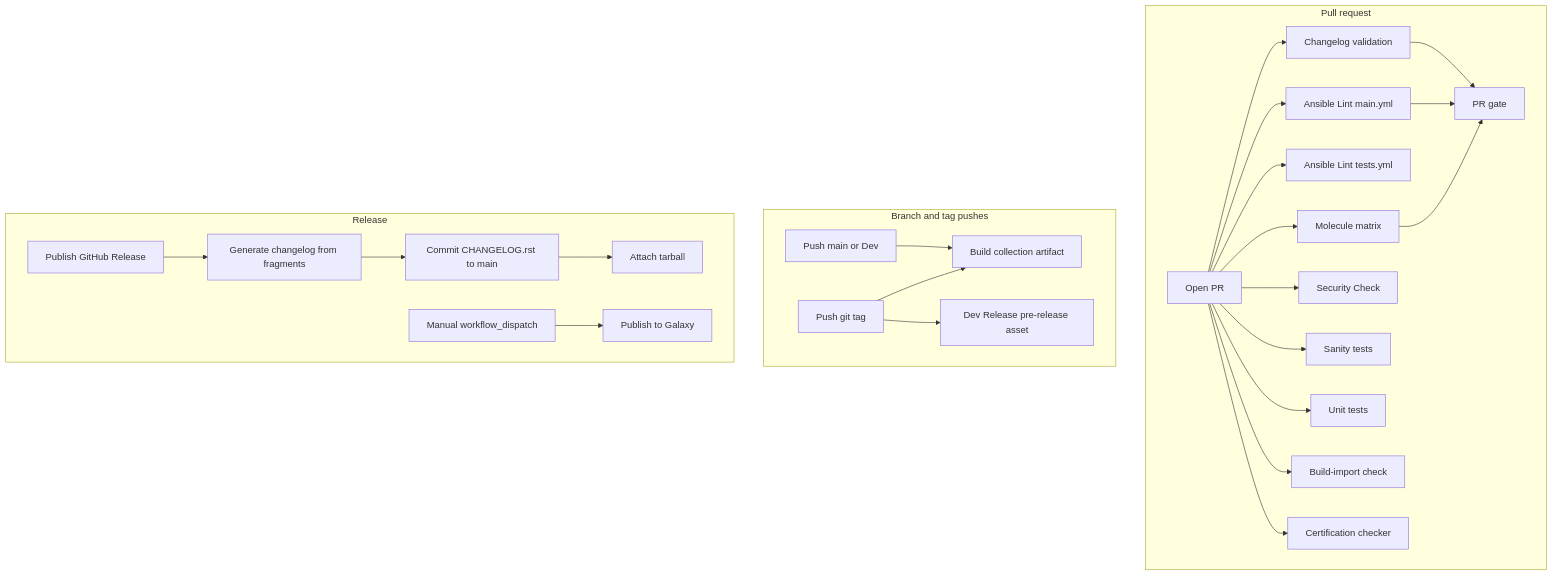
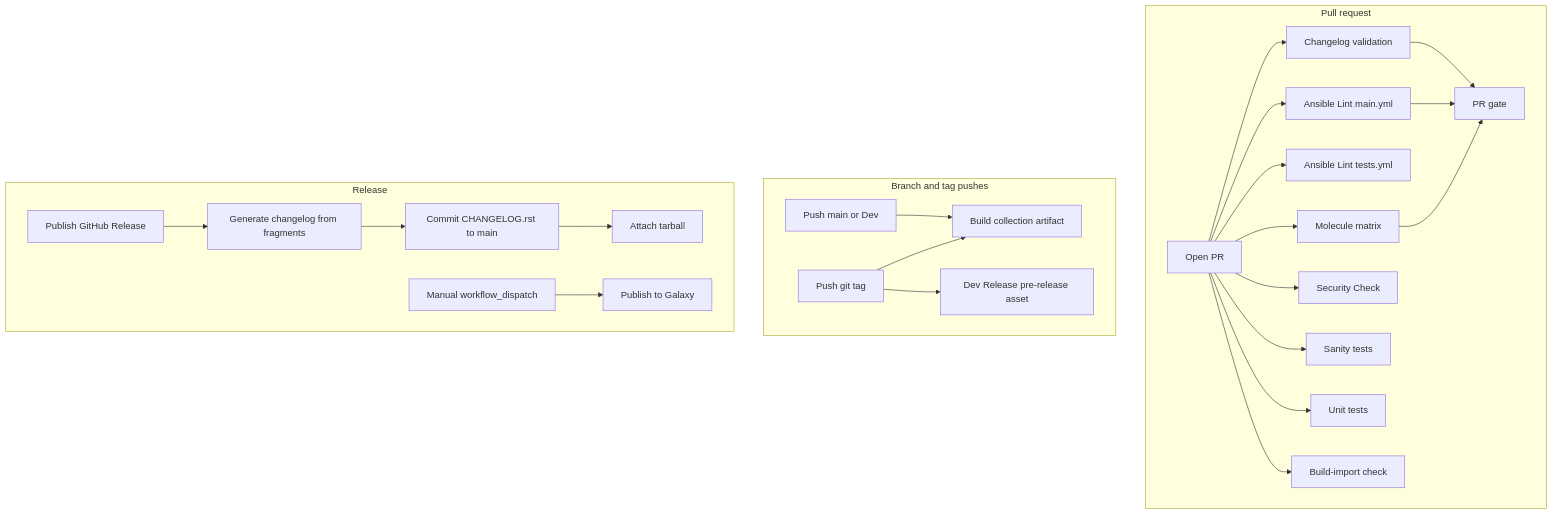
Before and after one commit to Automation-Development-Office/ado: the first of 2 diagrams in .github/Developers _Guide.md, drawn with Mermaid. The commit also changed other lines of this file and 2 other files, not shown here.

Commit message:
Run certification checks manually instead of on every PR push.

````diff
--- a/.github/Developers _Guide.md
+++ b/.github/Developers _Guide.md
@@ -96,30 +97,29 @@
 ```mermaid
 flowchart TD
   subgraph prFlow [Pull request]
     prOpen[Open PR] --> changelog[Changelog validation]
     prOpen --> lintMain[Ansible Lint main.yml]
     prOpen --> lintTests[Ansible Lint tests.yml]
     prOpen --> molecule[Molecule matrix]
     prOpen --> securityPR[Security Check]
     prOpen --> sanity[Sanity tests]
     prOpen --> unit[Unit tests]
     prOpen --> buildImport[Build-import check]
-    prOpen --> certification[Certification checker]
     changelog --> prGate[PR gate]
     lintMain --> prGate
     molecule --> prGate
   end
 
   subgraph branchFlow [Branch and tag pushes]
     pushMain[Push main or Dev] --> buildArtifact[Build collection artifact]
     tagPush[Push git tag] --> buildArtifact
     tagPush --> devRelease[Dev Release pre-release asset]
   end
 
   subgraph releaseFlow [Release]
     publishGH[Publish GitHub Release] --> generateChangelog[Generate changelog from fragments]
     generateChangelog --> commitMain[Commit CHANGELOG.rst to main]
     commitMain --> attachAsset[Attach tarball]
     manualGalaxy[Manual workflow_dispatch] --> galaxyPublish[Publish to Galaxy]
   end
 ```
````
